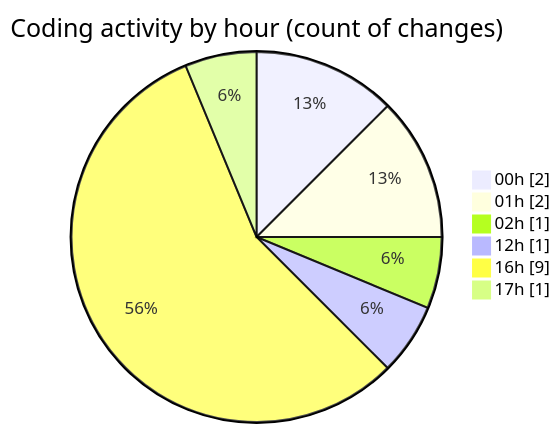
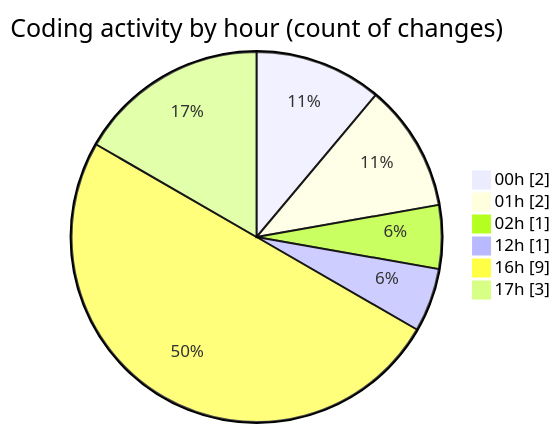
The second of 2 diagrams in 2026-07-09/twenty_versions_aminor/README.md (shibass792/code-tracking), drawn with Mermaid before and after one commit. The commit also changed other lines of this file and 1 other file, not shown here.

````diff
--- a/2026-07-09/twenty_versions_aminor/README.md
+++ b/2026-07-09/twenty_versions_aminor/README.md
@@ -36,10 +36,10 @@
 ```mermaid
 pie showData
 title Coding activity by hour (count of changes)
 "00h" : 2
 "01h" : 2
 "02h" : 1
 "12h" : 1
 "16h" : 9
-"17h" : 1
+"17h" : 3
 ```
````
